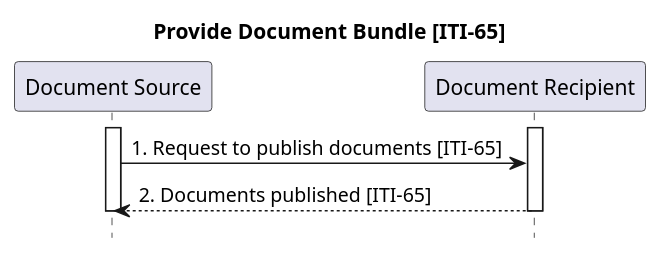
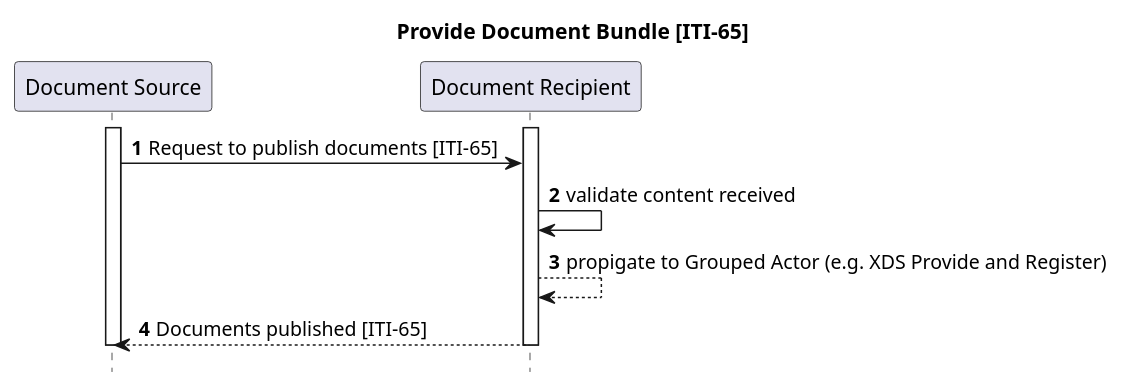
The diagram in input/images-source/ITI-65-seq.plantuml (IHE/ITI.MHD), drawn with PlantUML before and after one commit. The commit also changed 2 other files, not shown here.

Commit message:
partial update. differentiating Binary + document

```diff
--- a/input/images-source/ITI-65-seq.plantuml
+++ b/input/images-source/ITI-65-seq.plantuml
@@ -1,12 +1,15 @@
 @startuml
 title Provide Document Bundle [ITI-65]
 hide footbox
 participant "Document Source" as DocumentSource
 participant "Document Recipient" as DocumentRecipient
-activate "DocumentSource"
-activate "DocumentRecipient"
-"DocumentSource" -> "DocumentRecipient" : 1. Request to publish documents [ITI-65]
-"DocumentRecipient" --> "DocumentSource" : 2. Documents published [ITI-65]
-deactivate "DocumentSource"
-deactivate "DocumentRecipient"
+autonumber
+activate DocumentSource
+activate DocumentRecipient
+DocumentSource -> DocumentRecipient : Request to publish documents [ITI-65]
+DocumentRecipient -> DocumentRecipient : validate content received
+DocumentRecipient --> DocumentRecipient : propigate to Grouped Actor (e.g. XDS Provide and Register)
+DocumentRecipient --> DocumentSource : Documents published [ITI-65]
+deactivate DocumentSource
+deactivate DocumentRecipient
 @enduml
```
